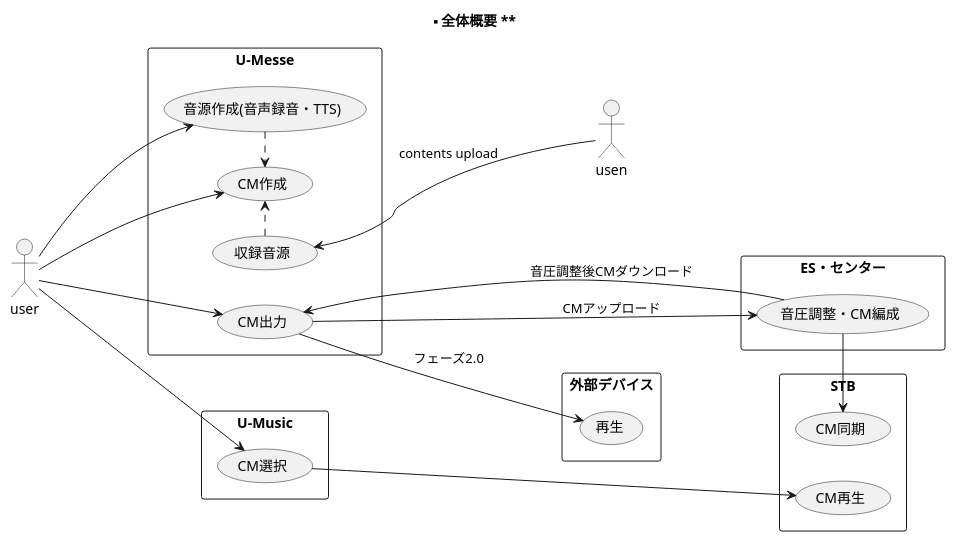
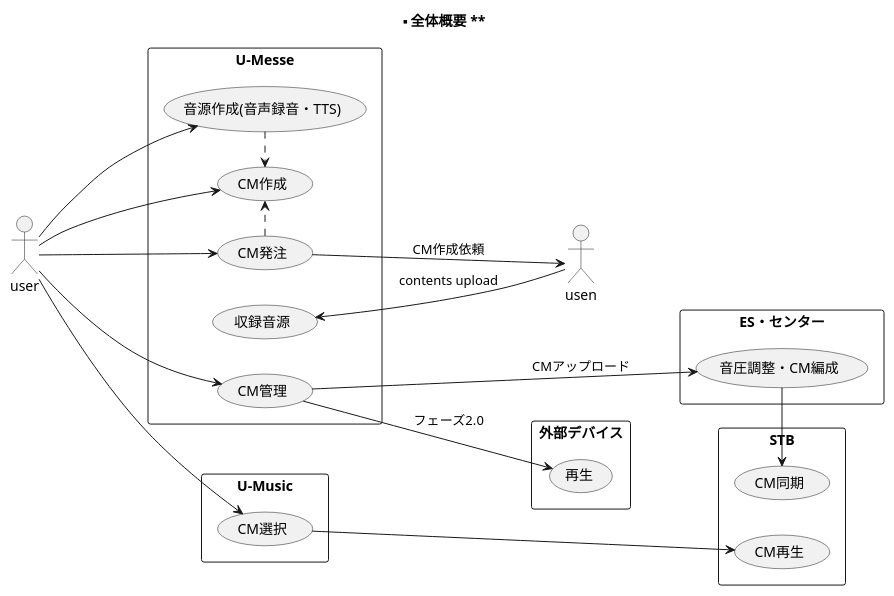
Before and after one commit to y-watanabe-usen/umesse-test: the diagram in documents/uml/u00-map.wsd, drawn with PlantUML. The commit also changed 9 other files, not shown here.

```diff
--- a/documents/uml/u00-map.wsd
+++ b/documents/uml/u00-map.wsd
@@ -1,40 +1,42 @@
 @startuml u-messe version beta
 
 left to right direction
 actor user
 actor usen
 rectangle "U-Messe" {
   usecase "音源作成(音声録音・TTS)" as u1
   usecase "CM作成" as u2
-  usecase "CM出力" as u3
-  usecase "収録音源" as u4
+  usecase "CM管理" as u3
+  usecase "CM発注" as u4
+  usecase "収録音源" as u5
 }
 rectangle "外部デバイス" {
   usecase "再生" as d1
 }
 rectangle "ES・センター" {
   usecase "音圧調整・CM編成" as c1
 }
 rectangle "STB" {
   usecase "CM同期" as s1
   usecase "CM再生" as s2
 }
 rectangle "U-Music" {
   usecase "CM選択" as a1
 }
 
 title ** 全体概要 **
 user ---> u1
 user ---> u2
 user ---> u3
-u4 <-- usen: contents upload
+user ---> u4
+u5 <-- usen: contents upload
 u1 .> u2
 u4 .> u2
 u3 ---> c1: CMアップロード
-u3 <--- c1: 音圧調整後CMダウンロード
 u3 --> d1: フェーズ2.0
 c1 -> s1
 user ---> a1
 a1 ---> s2
+u4 --> usen: CM作成依頼
 
 @enduml
```
